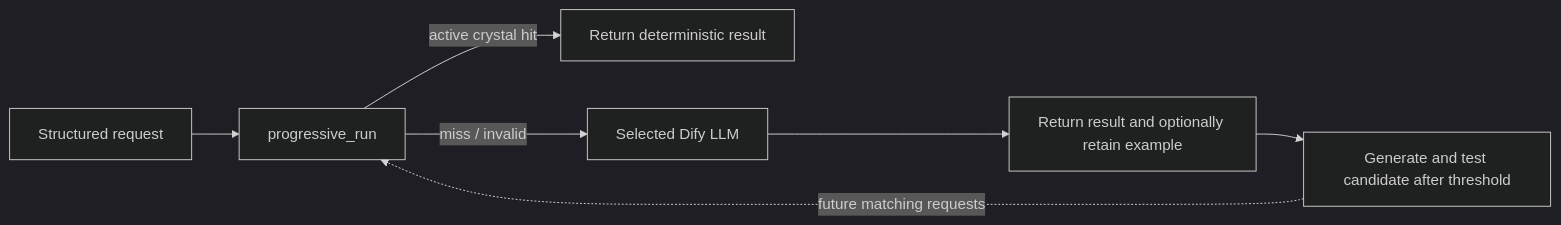
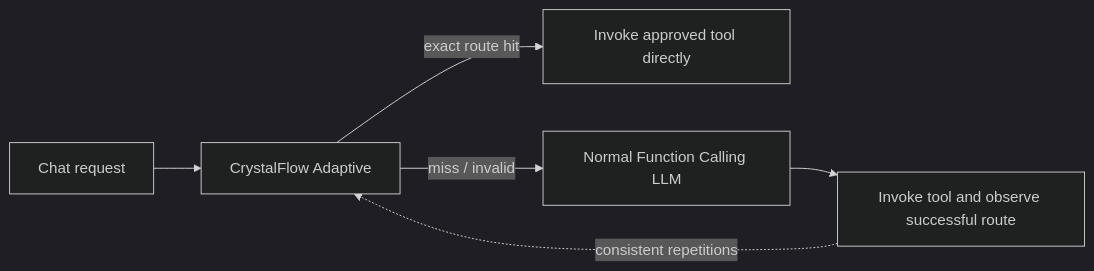
Before and after one commit to BegovicBenjamin/Crystalflow-Dify: the diagram in README.md, drawn with Mermaid (dark theme). The commit also changed other lines of this file and 7 other files, not shown here.

First line of the commit message:
• Implemented in CrystalFlow v0.3.0. No manual Progressive Run is required.

````diff
--- a/README.md
+++ b/README.md
@@ -77,9 +108,8 @@
 ```mermaid
 flowchart LR
-    A[Structured request] --> B[progressive_run]
-    B -->|active crystal hit| C[Return deterministic result]
-    B -->|miss / invalid| D[Selected Dify LLM]
-    D --> E[Return result and optionally retain example]
-    E --> F[Generate and test candidate after threshold]
-    F -. future matching requests .-> B
+    A[Chat request] --> B[CrystalFlow Adaptive]
+    B -->|exact route hit| C[Invoke approved tool directly]
+    B -->|miss / invalid| D[Normal Function Calling LLM]
+    D --> E[Invoke tool and observe successful route]
+    E -. consistent repetitions .-> B
 ```
````
